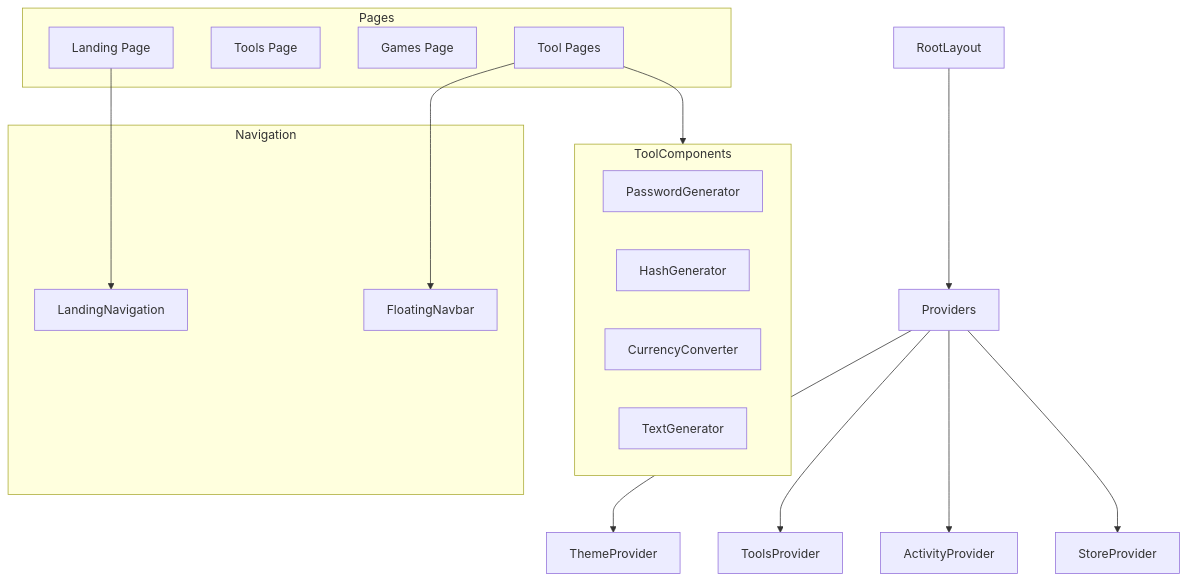
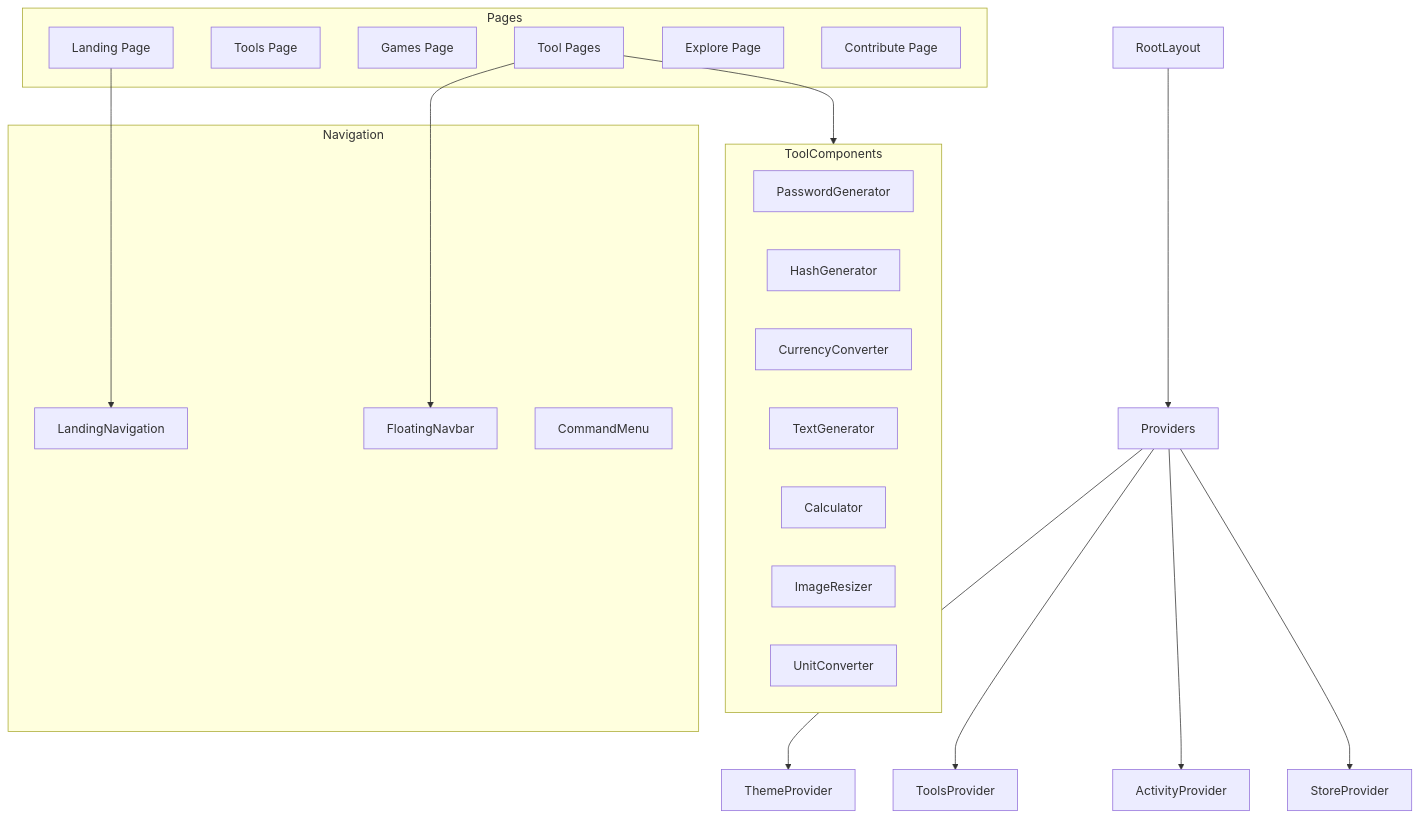
One commit to KompallyAkhil/astraa changed the diagram in docs/COMPONENTS.md. Above: the diagram before and after it, drawn with Mermaid. The commit also changed 4 other files, not shown here.

````diff
--- a/docs/COMPONENTS.md
+++ b/docs/COMPONENTS.md
@@ -16,33 +16,39 @@
 ```mermaid
 graph TB
     App[RootLayout]
     App --> Providers
     Providers --> ThemeProvider
     Providers --> ToolsProvider
     Providers --> ActivityProvider
     Providers --> StoreProvider
 
     subgraph Pages
         Landing[Landing Page]
         Tools[Tools Page]
         Games[Games Page]
         ToolPage[Tool Pages]
+        Explore[Explore Page]
+        Contribute[Contribute Page]
     end
 
     subgraph Navigation
         LandingNav[LandingNavigation]
         FloatingNav[FloatingNavbar]
+        CommandMenu[CommandMenu]
     end
 
     Landing --> LandingNav
     ToolPage --> FloatingNav
 
     subgraph ToolComponents
         Password[PasswordGenerator]
         Hash[HashGenerator]
         Currency[CurrencyConverter]
         Text[TextGenerator]
+        Calculator[Calculator]
+        Image[ImageResizer]
+        Units[UnitConverter]
     end
 
     ToolPage --> ToolComponents
 ```
````
